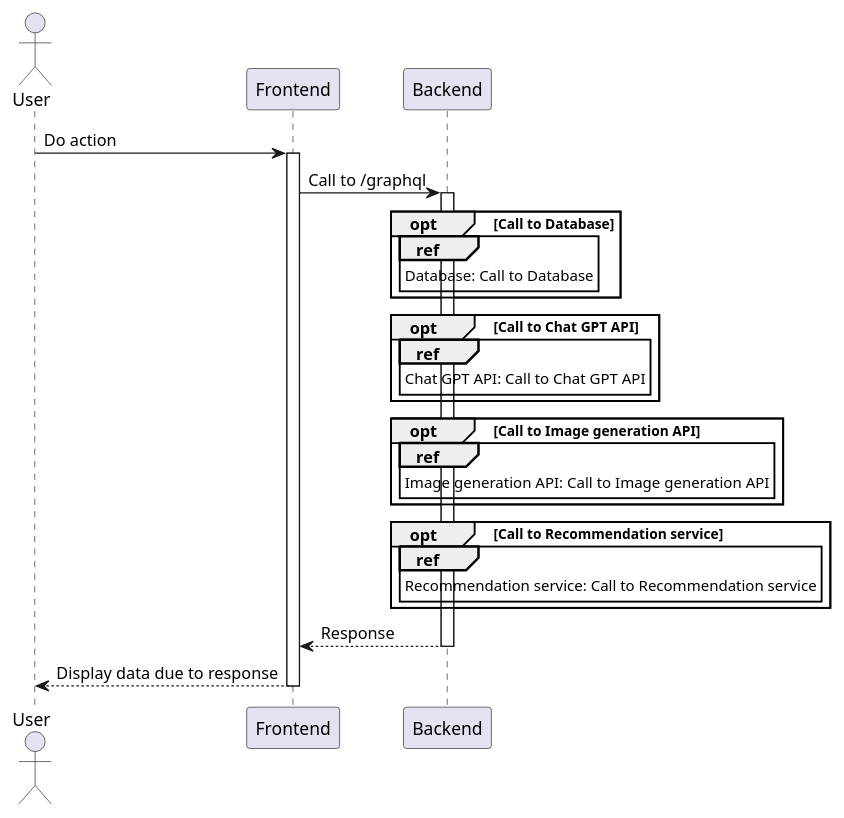
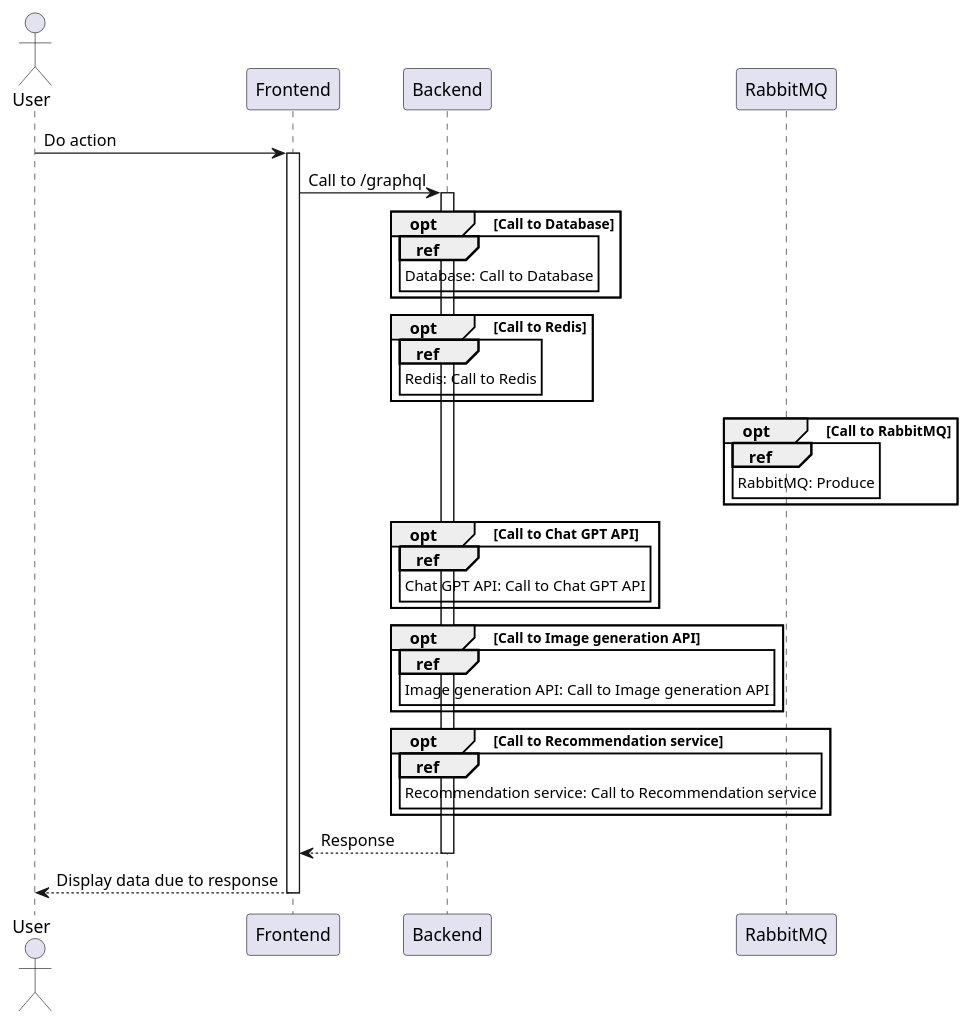
Before and after one commit to kambed/FoodzillaArchitecture: the first of 6 diagrams in SequenceDiagrams.md, drawn with PlantUML. The commit also changed other lines of this file, not shown here.

Commit message:
Update sequence diagrams

````diff
--- a/SequenceDiagrams.md
+++ b/SequenceDiagrams.md
@@ -3,34 +3,44 @@
 ```plantuml
 @startuml
 actor User
 participant Frontend
 participant Backend
 
 User -> Frontend: Do action
 activate Frontend
 Frontend -> Backend: Call to /graphql
 activate Backend
 opt Call to Database
     ref over Backend
         Database: Call to Database
+    end
+end
+opt Call to Redis
+    ref over Backend
+        Redis: Call to Redis
+    end
+end
+opt Call to RabbitMQ
+    ref over RabbitMQ
+        RabbitMQ: Produce
     end
 end
 opt Call to Chat GPT API
     ref over Backend
         Chat GPT API: Call to Chat GPT API
     end
 end
 opt Call to Image generation API
     ref over Backend
         Image generation API: Call to Image generation API
     end
 end
 opt Call to Recommendation service
     ref over Backend
         Recommendation service: Call to Recommendation service
     end
 end
 return Response
 return Display data due to response
 @enduml
 ```
````
